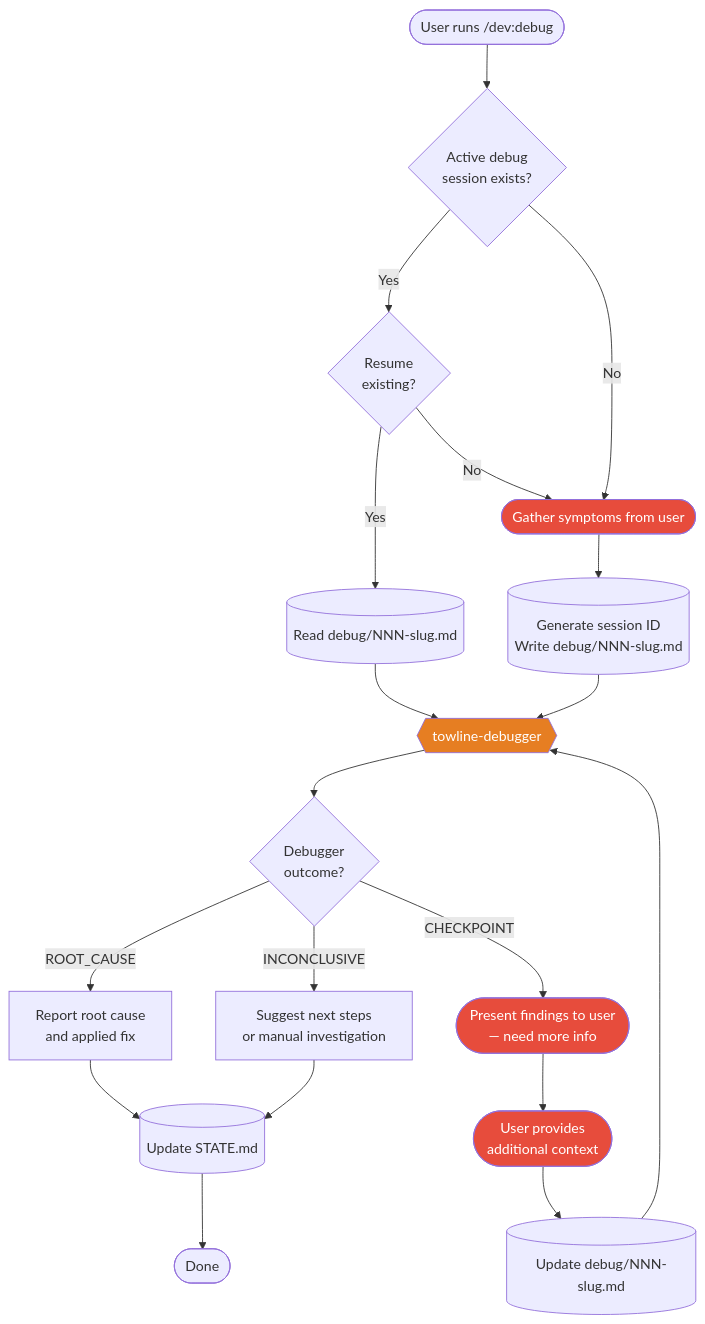
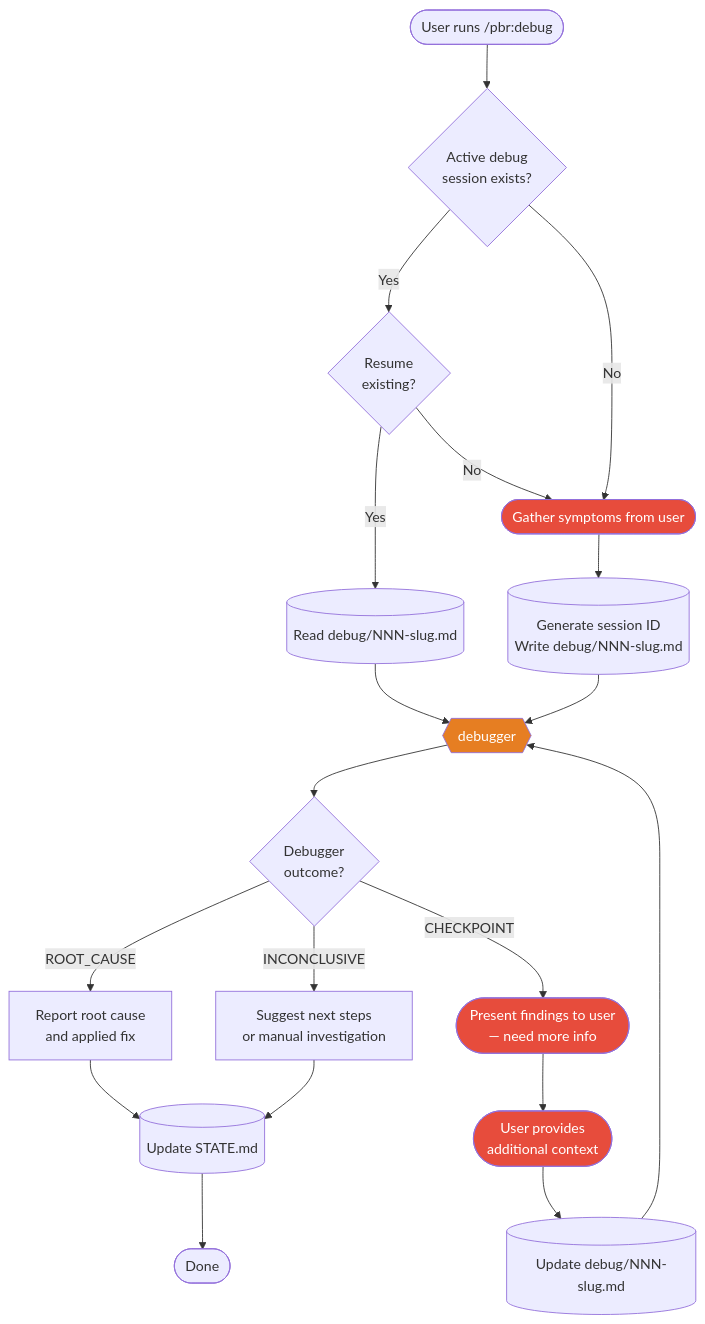
Before and after one commit to SienkLogic/plan-build-run: diagram 11 of 14 in docs/ARCHITECTURE.md, drawn with Mermaid. The commit also changed other lines of this file and 358 other files, not shown here.

````diff
--- a/docs/ARCHITECTURE.md
+++ b/docs/ARCHITECTURE.md
@@ -504,37 +504,37 @@
 ```mermaid
 flowchart TD
-    Start([User runs /dev:debug]) --> SessionCheck{Active debug<br/>session exists?}
+    Start([User runs /pbr:debug]) --> SessionCheck{Active debug<br/>session exists?}
 
     SessionCheck -->|Yes| ResumeChoice{Resume<br/>existing?}
     ResumeChoice -->|Yes| LoadSession[(Read debug/NNN-slug.md)]
     ResumeChoice -->|No| NewSession
     SessionCheck -->|No| NewSession
 
     NewSession([Gather symptoms from user]) --> CreateFile[("Generate session ID<br/>Write debug/NNN-slug.md")]
 
     LoadSession --> SpawnDebugger
     CreateFile --> SpawnDebugger
 
-    SpawnDebugger{{towline-debugger}}
+    SpawnDebugger{{debugger}}
 
     SpawnDebugger --> Result{Debugger<br/>outcome?}
 
     Result -->|ROOT_CAUSE| FixReport["Report root cause<br/>and applied fix"]
     Result -->|INCONCLUSIVE| Suggest["Suggest next steps<br/>or manual investigation"]
 
     Result -->|CHECKPOINT| Checkpoint([Present findings to user<br/>— need more info])
 
     Checkpoint --> UserInput([User provides<br/>additional context])
 
     UserInput --> UpdateFile[(Update debug/NNN-slug.md)]
     UpdateFile --> SpawnDebugger
 
     FixReport --> UpdateState[(Update STATE.md)]
     Suggest --> UpdateState
     UpdateState --> Done([Done])
 
     style SpawnDebugger fill:#e67e22,color:#fff
     style NewSession fill:#e74c3c,color:#fff
     style Checkpoint fill:#e74c3c,color:#fff
     style UserInput fill:#e74c3c,color:#fff
 ```
````
